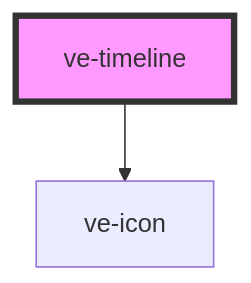
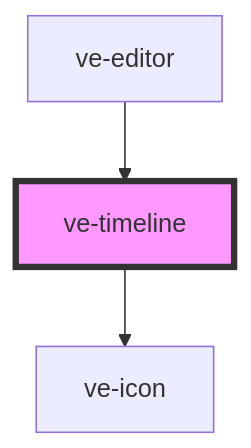
One commit to dotnetdreamer/capacitor-video-kit changed the diagram in src/components/ve-timeline/readme.md. Above: the diagram before and after it, drawn with Mermaid. The commit also changed other lines of this file and 38 other files, not shown here.

````diff
--- a/src/components/ve-timeline/readme.md
+++ b/src/components/ve-timeline/readme.md
@@ -46,5 +50,6 @@
 ```mermaid
 graph TD;
   ve-timeline --> ve-icon
+  ve-editor --> ve-timeline
   style ve-timeline fill:#f9f,stroke:#333,stroke-width:4px
 ```
````
